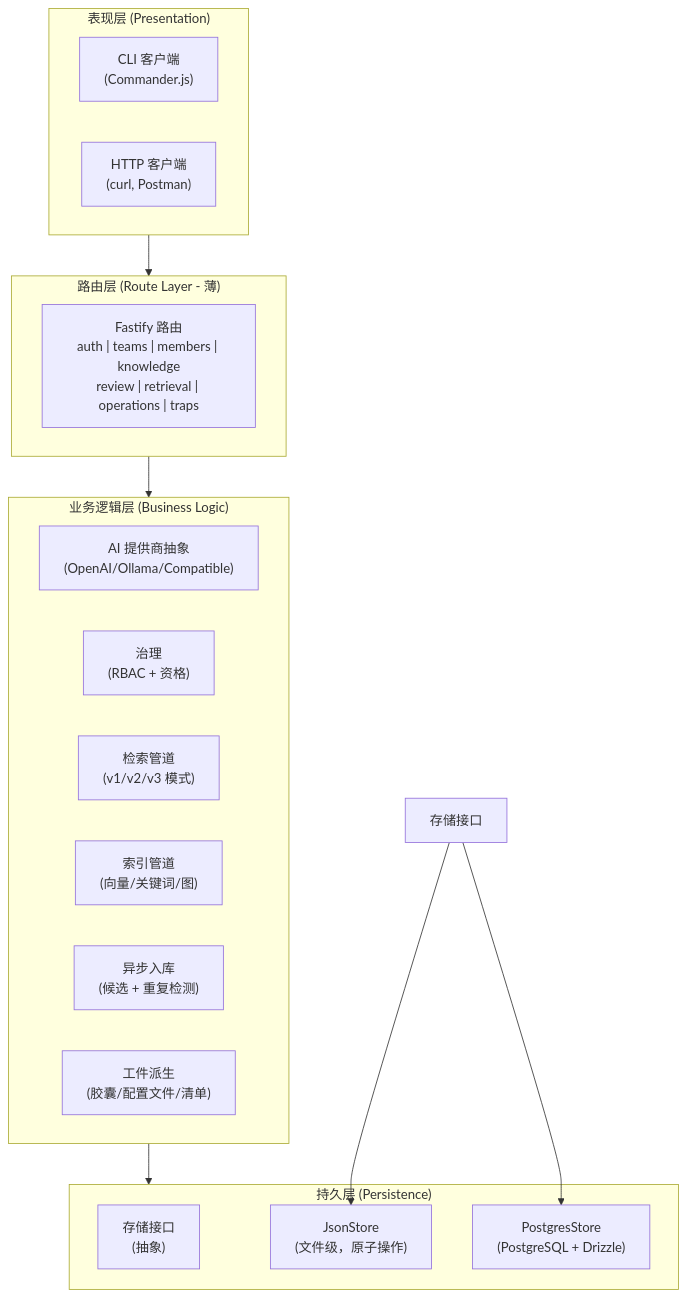
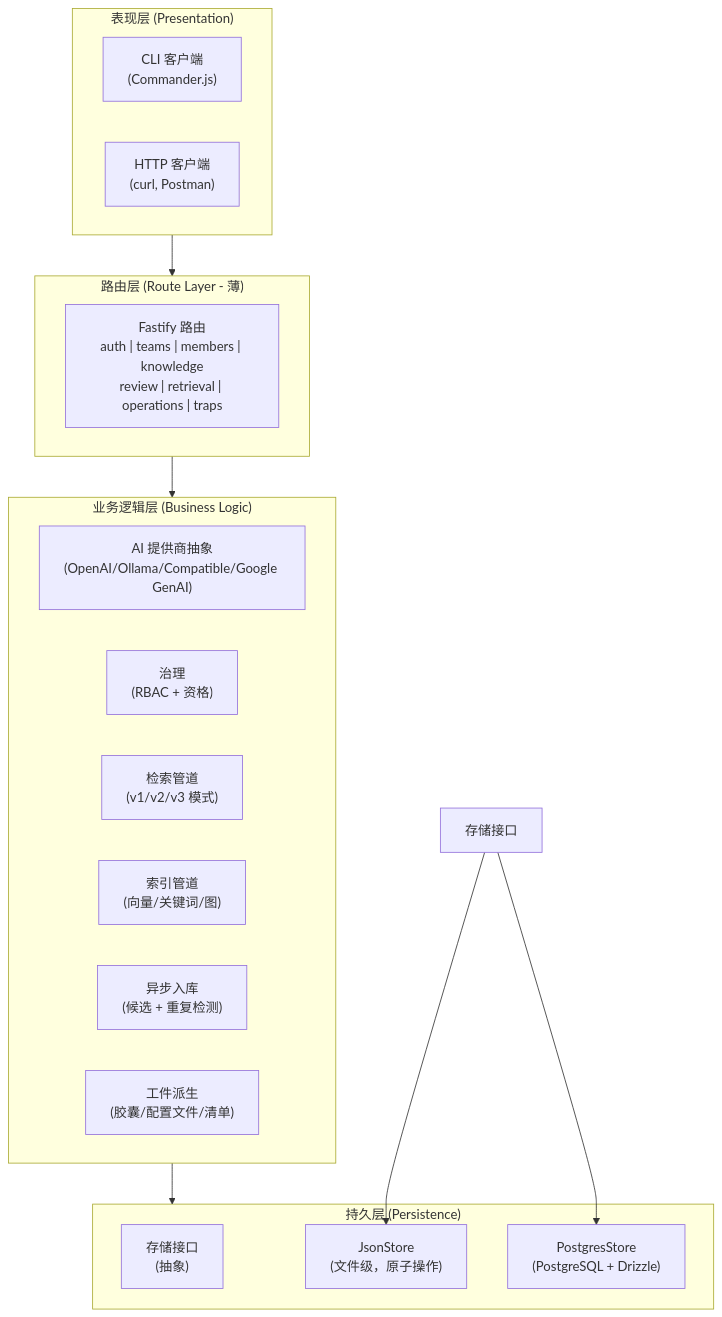
Before and after one commit to pofossette/TrapMap-for-vibing: the first of 9 diagrams in docs/architecture/ARCHITECTURE.md, drawn with Mermaid. The commit also changed other lines of this file and 12 other files, not shown here.

````diff
--- a/docs/architecture/ARCHITECTURE.md
+++ b/docs/architecture/ARCHITECTURE.md
@@ -38,32 +38,32 @@
 ```mermaid
 flowchart TB
     subgraph 表现层["表现层 (Presentation)"]
         CLI["CLI 客户端<br/>(Commander.js)"]
         HTTP["HTTP 客户端<br/>(curl, Postman)"]
     end
 
     subgraph 路由层["路由层 (Route Layer - 薄)"]
         Routes["Fastify 路由<br/>auth | teams | members | knowledge<br/>review | retrieval | operations | traps"]
     end
 
     subgraph 业务逻辑层["业务逻辑层 (Business Logic)"]
-        AI["AI 提供商抽象<br/>(OpenAI/Ollama/Compatible)"]
+        AI["AI 提供商抽象<br/>(OpenAI/Ollama/Compatible/Google GenAI)"]
         Gov["治理<br/>(RBAC + 资格)"]
         Ret["检索管道<br/>(v1/v2/v3 模式)"]
         Idx["索引管道<br/>(向量/关键词/图)"]
         Ing["异步入库<br/>(候选 + 重复检测)"]
         Art["工件派生<br/>(胶囊/配置文件/清单)"]
     end
 
     subgraph 持久层["持久层 (Persistence)"]
         StoreInt["存储接口<br/>(抽象)"]
         JsonStore["JsonStore<br/>(文件级，原子操作)"]
         PgStore["PostgresStore<br/>(PostgreSQL + Drizzle)"]
     end
 
     表现层 --> 路由层
     路由层 --> 业务逻辑层
     业务逻辑层 --> 持久层
     存储接口 --> JsonStore
     存储接口 --> PgStore
 ```
````
